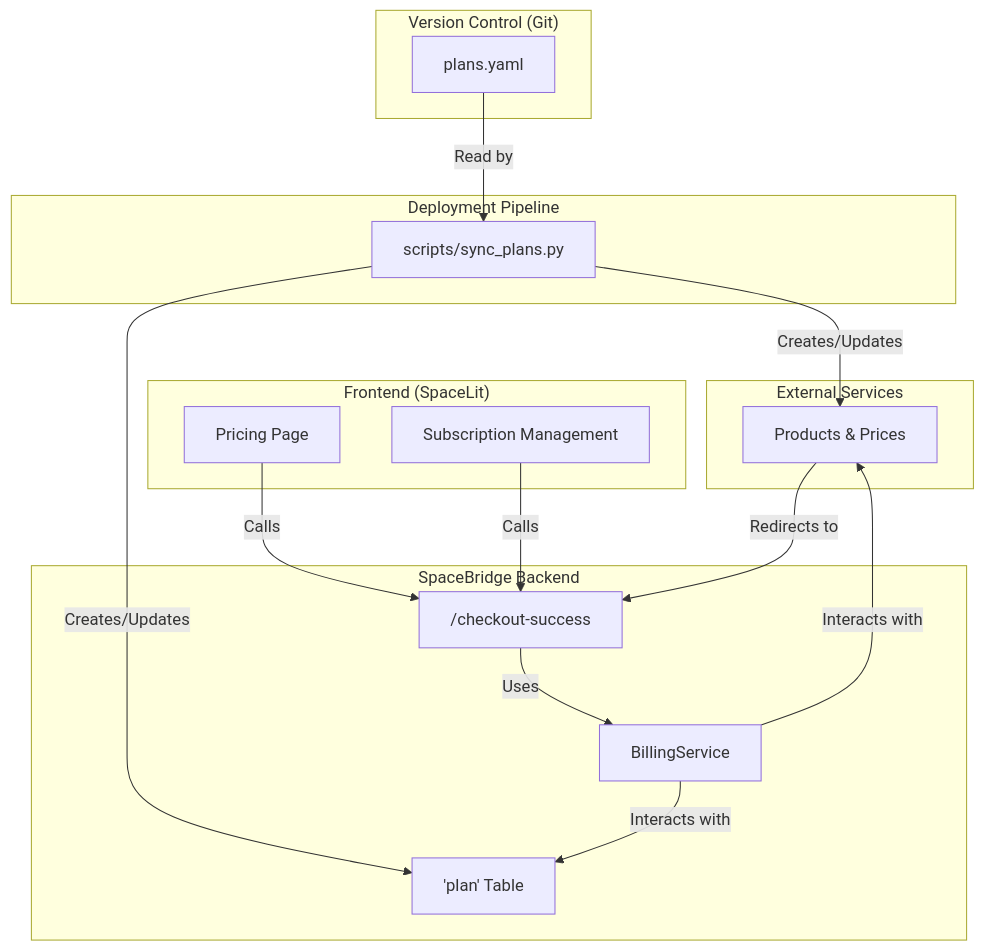
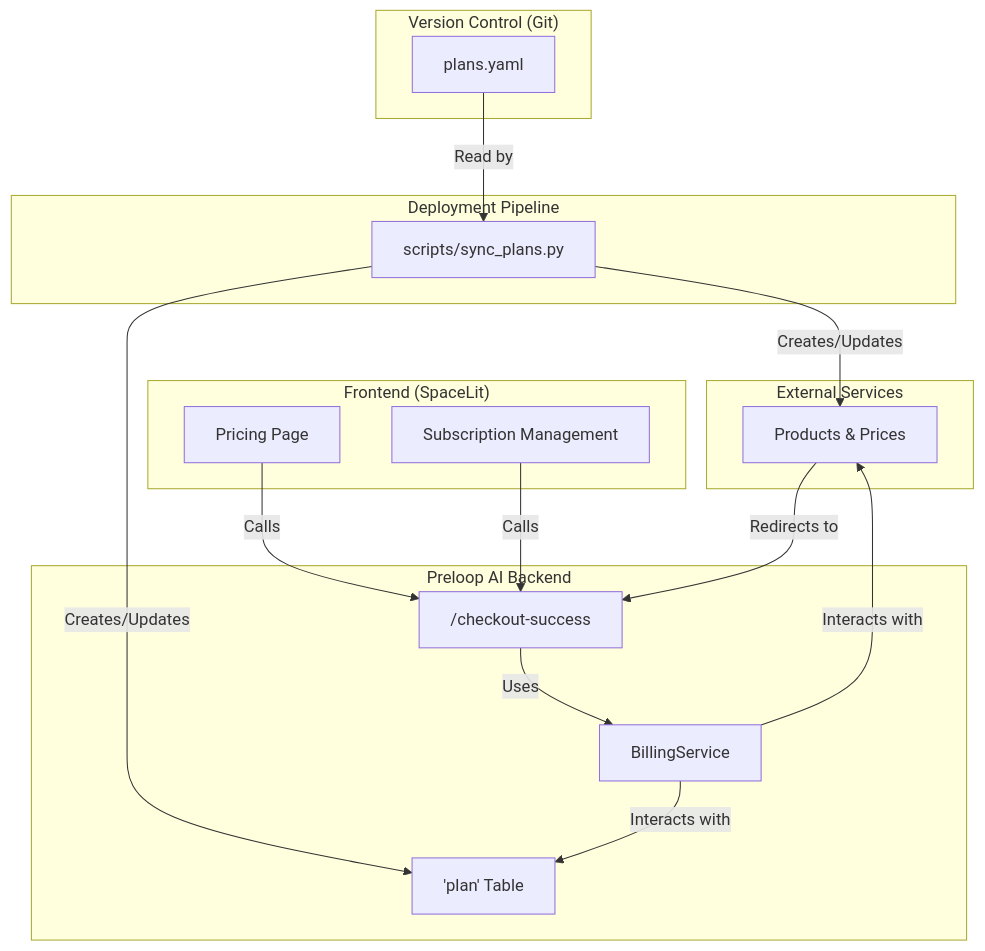
One commit to GiorgosAlexakis/preloop changed the eighth of 9 diagrams in ARCHITECTURE.md. Above: the diagram before and after it, drawn with Mermaid. The commit also changed other lines of this file and 819 other files, not shown here.

````diff
--- a/ARCHITECTURE.md
+++ b/ARCHITECTURE.md
@@ -1006,39 +1005,39 @@
 ```mermaid
 graph TD
     subgraph "Version Control (Git)"
         PlansYAML["plans.yaml"]
     end
 
     subgraph "Deployment Pipeline"
         SyncScript["scripts/sync_plans.py"]
     end
 
     subgraph "External Services"
         StripeAPI["Stripe API"]
     end
 
-    subgraph "SpaceBridge Backend"
+    subgraph "Preloop AI Backend"
         SpaceModelsDB["SpaceModels (PostgreSQL)"]
         BillingService["BillingService"]
         BillingAPI["Billing API Endpoints"]
     end
 
     subgraph "Frontend (SpaceLit)"
         PricingPage["Pricing Page"]
         SubscriptionManagement["Subscription Management"]
     end
 
     PlansYAML -- Read by --> SyncScript
     SyncScript -- Creates/Updates --> StripeAPI["Products & Prices"]
     SyncScript -- Creates/Updates --> SpaceModelsDB["'plan' Table"]
 
     BillingService -- Interacts with --> StripeAPI
     BillingService -- Interacts with --> SpaceModelsDB
 
     BillingAPI -- Uses --> BillingService
 
     PricingPage -- Calls --> BillingAPI
     SubscriptionManagement -- Calls --> BillingAPI
 
     StripeAPI -- Redirects to --> BillingAPI["/checkout-success"]
 ```
````
